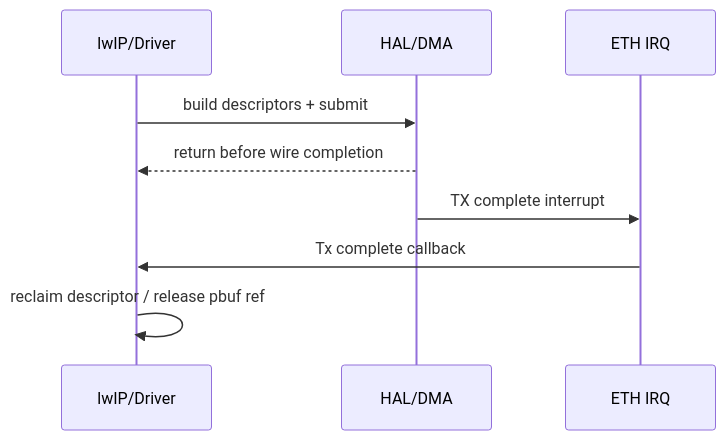
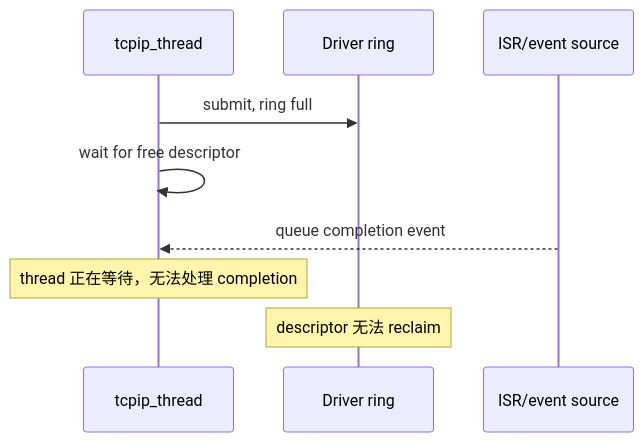
The fifth of 7 diagrams in docs/21-ethernet-descriptor-ring-backpressure.md (wdfk-prog/lwIP-Source-Lab), drawn with Mermaid before and after one commit. The commit also changed other lines of this file and 49 other files, not shown here.

````diff
--- a/docs/21-ethernet-descriptor-ring-backpressure.md
+++ b/docs/21-ethernet-descriptor-ring-backpressure.md
@@ -88,12 +116,12 @@
 ```mermaid
 sequenceDiagram
-    participant L as lwIP/Driver
-    participant H as HAL/DMA
-    participant I as ETH IRQ
+    participant C as tcpip_thread
+    participant D as Driver ring
+    participant I as ISR/event source
 
-    L->>H: build descriptors + submit
-    H-->>L: return before wire completion
-    H->>I: TX complete interrupt
-    I->>L: Tx complete callback
-    L->>L: reclaim descriptor / release pbuf ref
+    C->>D: submit, ring full
+    C->>C: wait for free descriptor
+    I-->>C: queue completion event
+    Note over C: thread 正在等待，无法处理 completion
+    Note over D: descriptor 无法 reclaim
 ```
````
